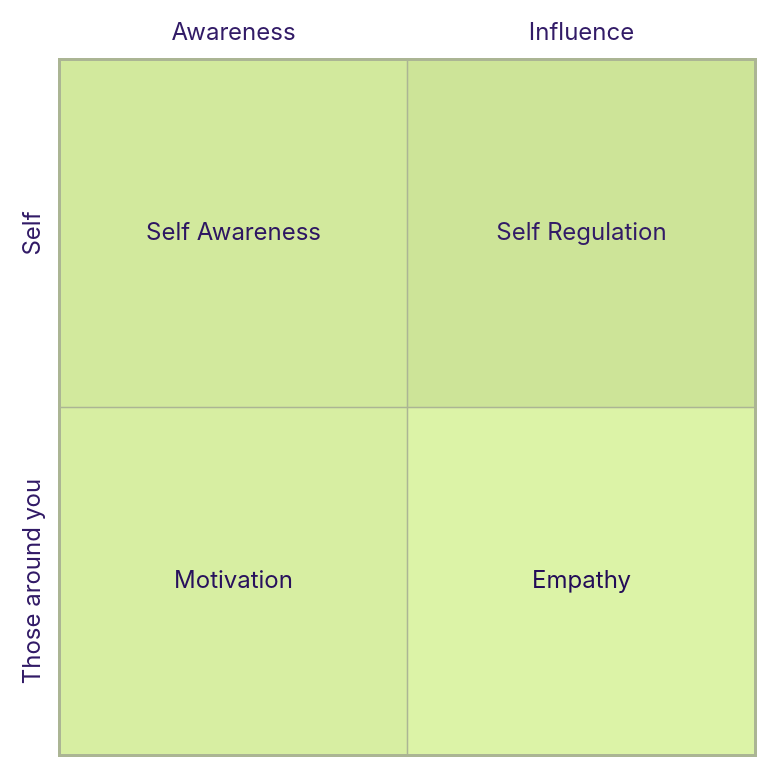
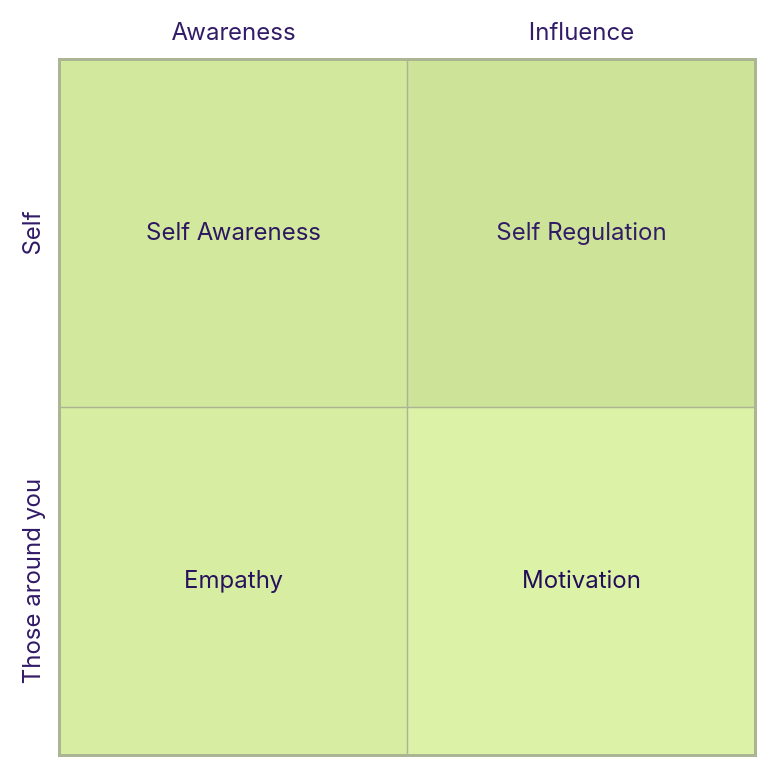
The diagram in _posts/2018-11-25-what-makes-a-leader-great.md (idvorkin/idvorkin.github.io), drawn with Mermaid (forest theme) before and after one commit. The commit also changed other lines of this file, not shown here.

Commit message:
Checkpoint 2018-11-25-what-makes-a-leader-great.md

````diff
--- a/_posts/2018-11-25-what-makes-a-leader-great.md
+++ b/_posts/2018-11-25-what-makes-a-leader-great.md
@@ -18,9 +16,9 @@
 ```mermaid
 quadrantChart
   x-axis Awareness  --> Influence
   y-axis "Those around you" --> Self
   quadrant-1 "Self Regulation "
   quadrant-2 "Self Awareness"
-  quadrant-3 Motivation
-  quadrant-4 Empathy
+  quadrant-3 Empathy
+  quadrant-4 Motivation
 ```
````
